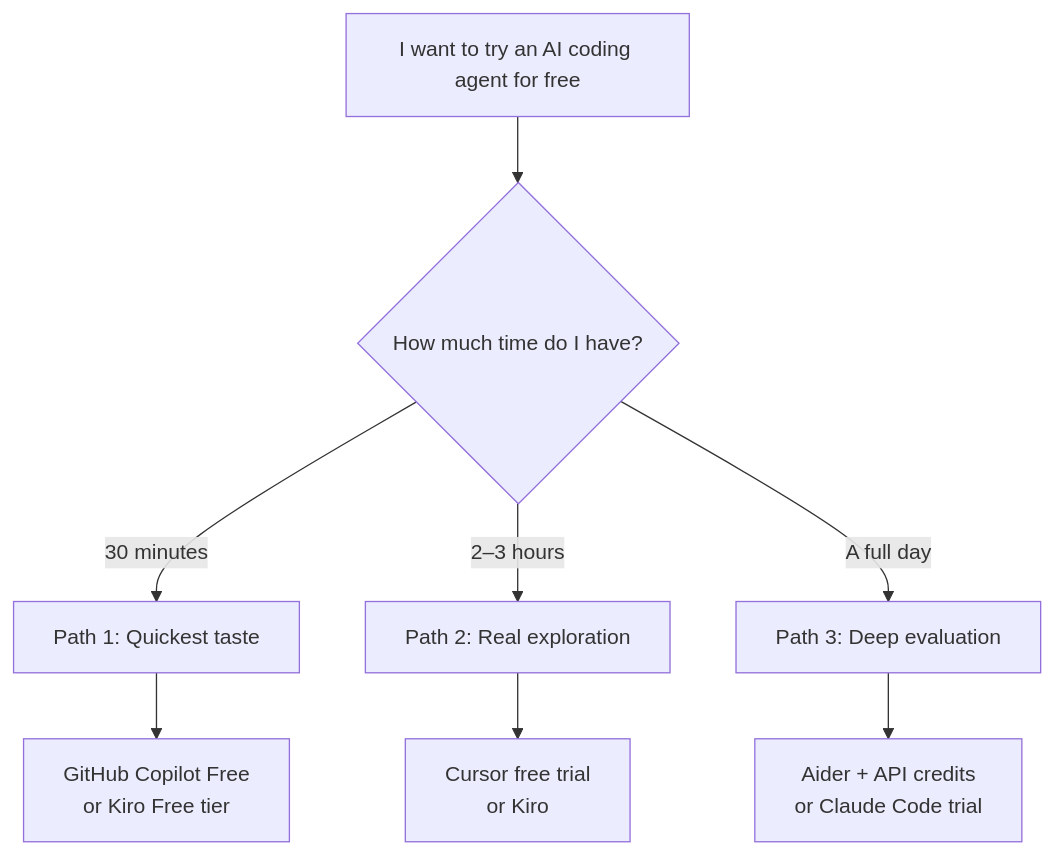
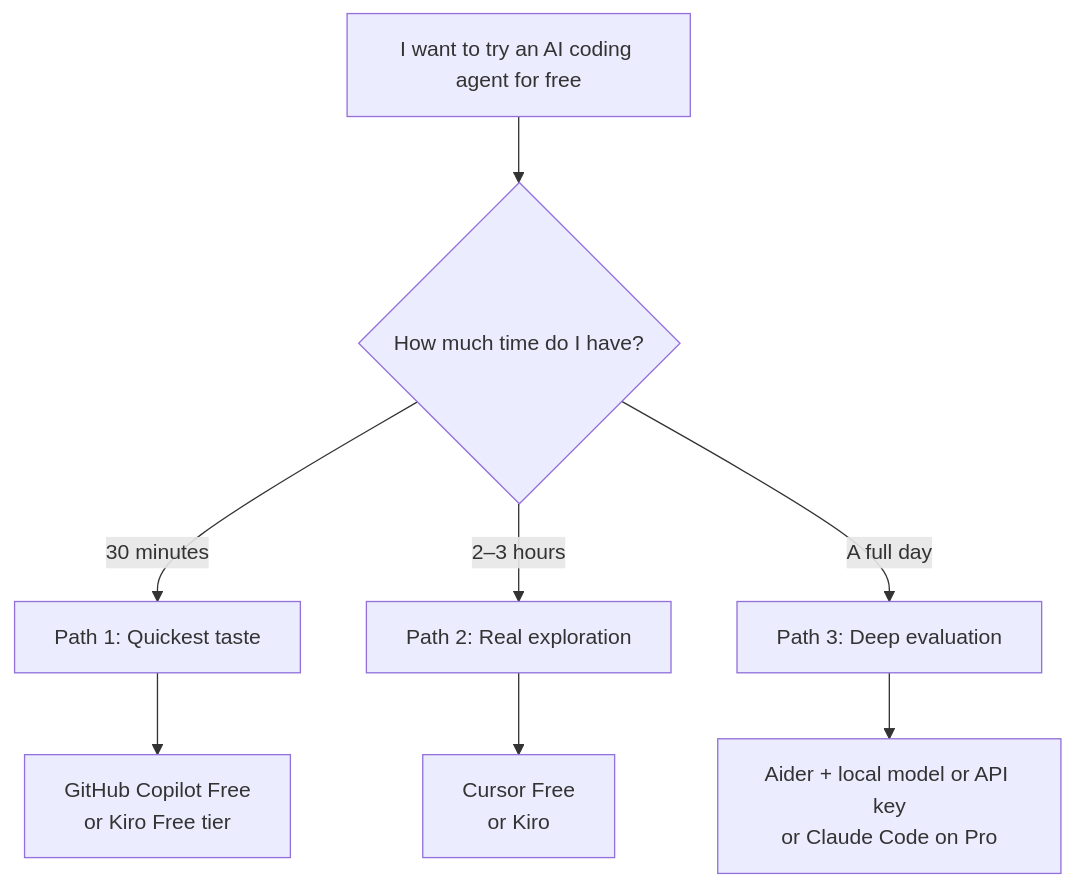
The first of 2 diagrams in ai-coding-agents/getting-started-free.md (bernardmendonca/ai-engineering-playbook), drawn with Mermaid before and after one commit. The commit also changed other lines of this file and 53 other files, not shown here.

````diff
--- a/ai-coding-agents/getting-started-free.md
+++ b/ai-coding-agents/getting-started-free.md
@@ -15,11 +17,11 @@
 ```mermaid
 flowchart TD
     A[I want to try an AI coding agent for free] --> B{How much time do I have?}
     B -->|30 minutes| C[Path 1: Quickest taste]
     B -->|2–3 hours| D[Path 2: Real exploration]
     B -->|A full day| E[Path 3: Deep evaluation]
 
     C --> C1[GitHub Copilot Free<br/>or Kiro Free tier]
-    D --> D1[Cursor free trial<br/>or Kiro]
-    E --> E1[Aider + API credits<br/>or Claude Code trial]
+    D --> D1[Cursor Free<br/>or Kiro]
+    E --> E1[Aider + local model or API key<br/>or Claude Code on Pro]
 ```
````
